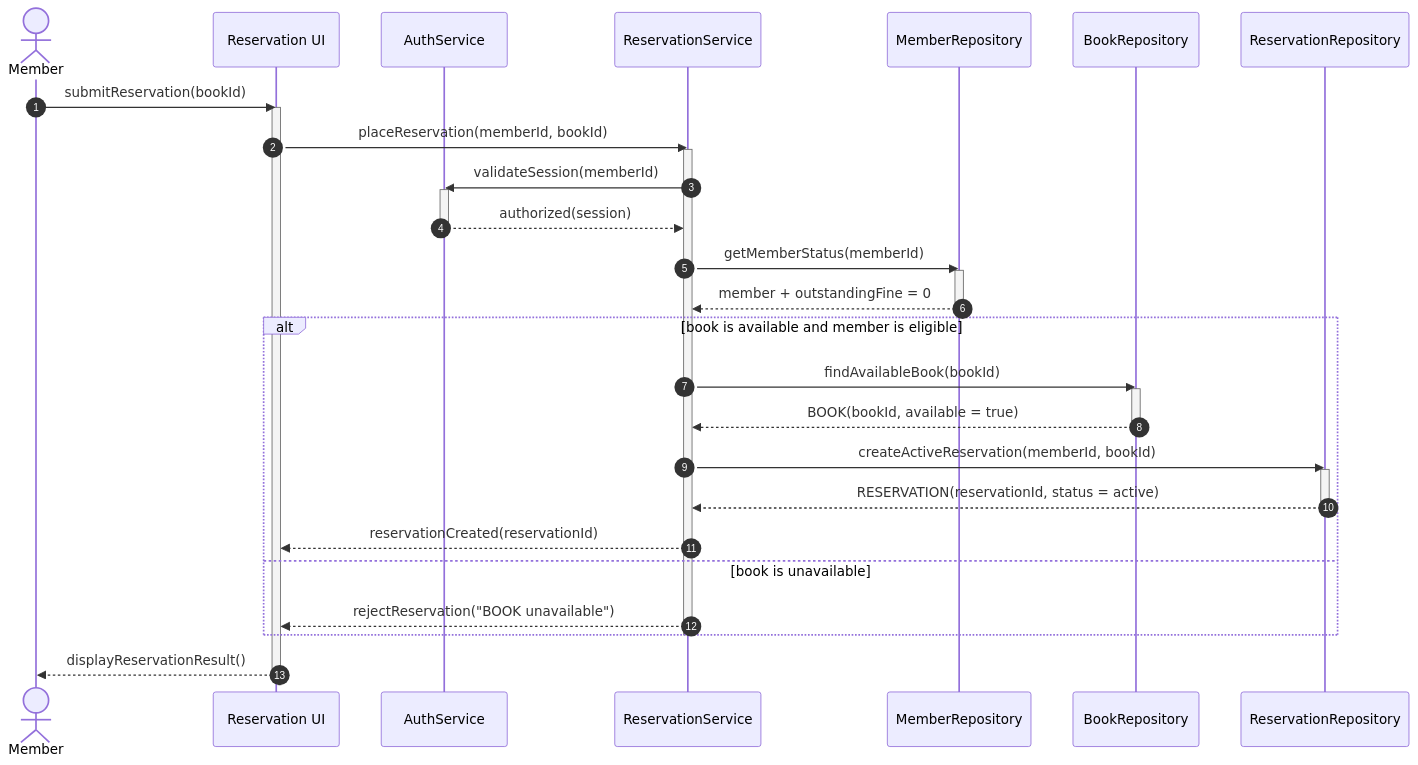
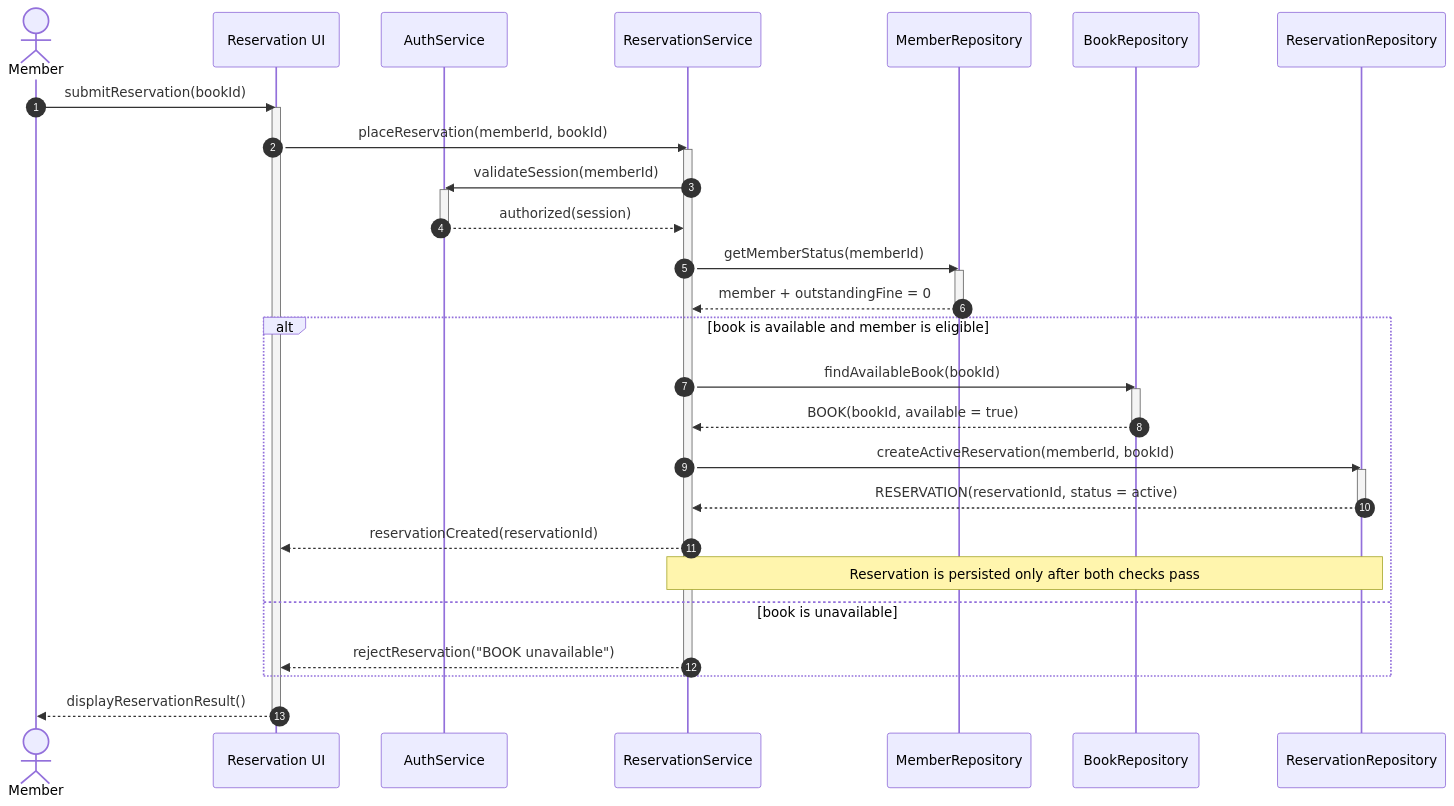
Before and after one commit to Mirroxyz/KPI: the diagram in lab3/reserve-success.mmd, drawn with Mermaid. The commit also changed 4 other files, not shown here.

Commit message:
fix(lab3): align sequence diagrams with acceptance criteria

```diff
--- a/lab3/reserve-success.mmd
+++ b/lab3/reserve-success.mmd
@@ -1,39 +1,41 @@
 sequenceDiagram
+    %% Lab 2 scenario 3: Member reserves an available book
     autonumber
     actor Member
     participant UI as Reservation UI
     participant Auth as AuthService
     participant Service as ReservationService
     participant Members as MemberRepository
     participant Books as BookRepository
     participant Reservations as ReservationRepository
 
     Member->>UI: submitReservation(bookId)
     activate UI
     UI->>Service: placeReservation(memberId, bookId)
     activate Service
     Service->>Auth: validateSession(memberId)
     activate Auth
     Auth-->>Service: authorized(session)
     deactivate Auth
     Service->>Members: getMemberStatus(memberId)
     activate Members
     Members-->>Service: member + outstandingFine = 0
     deactivate Members
 
     alt book is available and member is eligible
         Service->>Books: findAvailableBook(bookId)
         activate Books
         Books-->>Service: BOOK(bookId, available = true)
         deactivate Books
         Service->>Reservations: createActiveReservation(memberId, bookId)
         activate Reservations
         Reservations-->>Service: RESERVATION(reservationId, status = active)
         deactivate Reservations
         Service-->>UI: reservationCreated(reservationId)
+        Note over Service,Reservations: Reservation is persisted only after both checks pass
     else book is unavailable
         Service-->>UI: rejectReservation("BOOK unavailable")
     end
     deactivate Service
     UI-->>Member: displayReservationResult()
     deactivate UI
```
